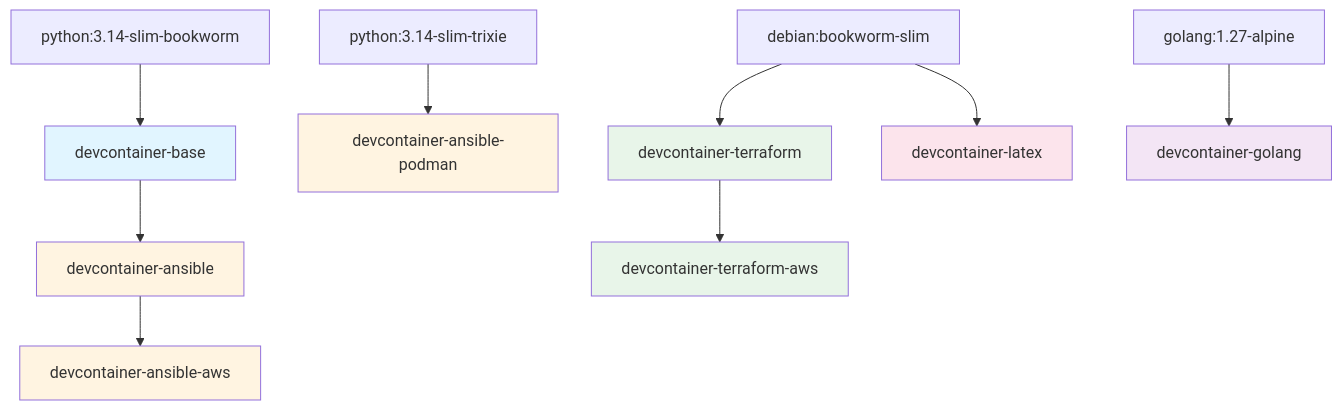
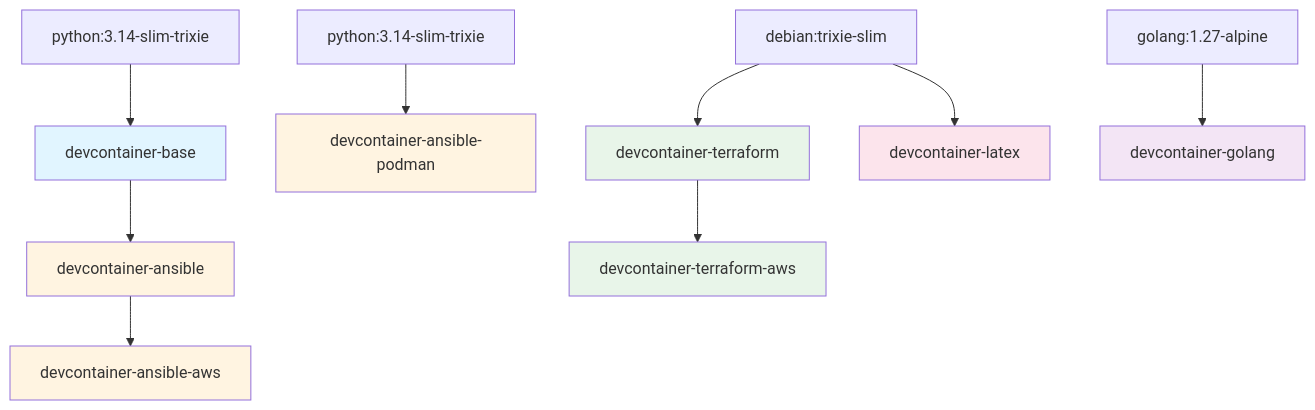
The first of 11 diagrams in docs/ARCHITECTURE.md (malpanez/ansible-devcontainer-vscode), drawn with Mermaid before and after one commit. The commit also changed 26 other files, not shown here.

````diff
--- a/docs/ARCHITECTURE.md
+++ b/docs/ARCHITECTURE.md
@@ -7,23 +7,23 @@
 ```mermaid
 graph TD
-    A[python:3.14-slim-bookworm] --> B[devcontainer-base]
+    A[python:3.14-slim-trixie] --> B[devcontainer-base]
     B --> C[devcontainer-ansible]
     C --> L[devcontainer-ansible-aws]
 
     K[python:3.14-slim-trixie] --> D[devcontainer-ansible-podman]
 
-    E[debian:bookworm-slim] --> F[devcontainer-terraform]
+    E[debian:trixie-slim] --> F[devcontainer-terraform]
     F --> M[devcontainer-terraform-aws]
     E --> G[devcontainer-latex]
 
     H[golang:1.27-alpine] --> I[devcontainer-golang]
 
     style B fill:#e1f5ff
     style C fill:#fff4e1
     style D fill:#fff4e1
     style F fill:#e8f5e9
     style G fill:#fce4ec
     style L fill:#fff4e1
     style M fill:#e8f5e9
     style I fill:#f3e5f5
 ```
````
